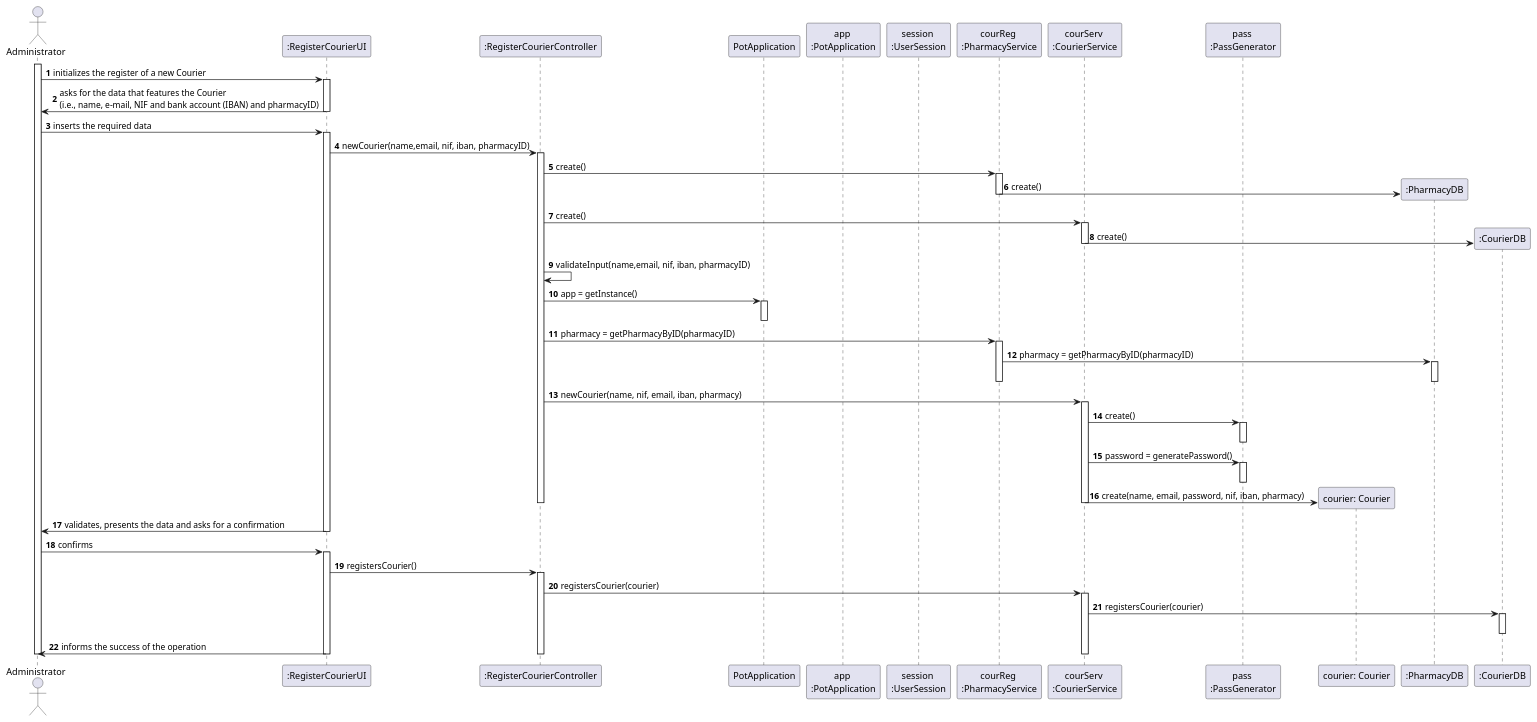
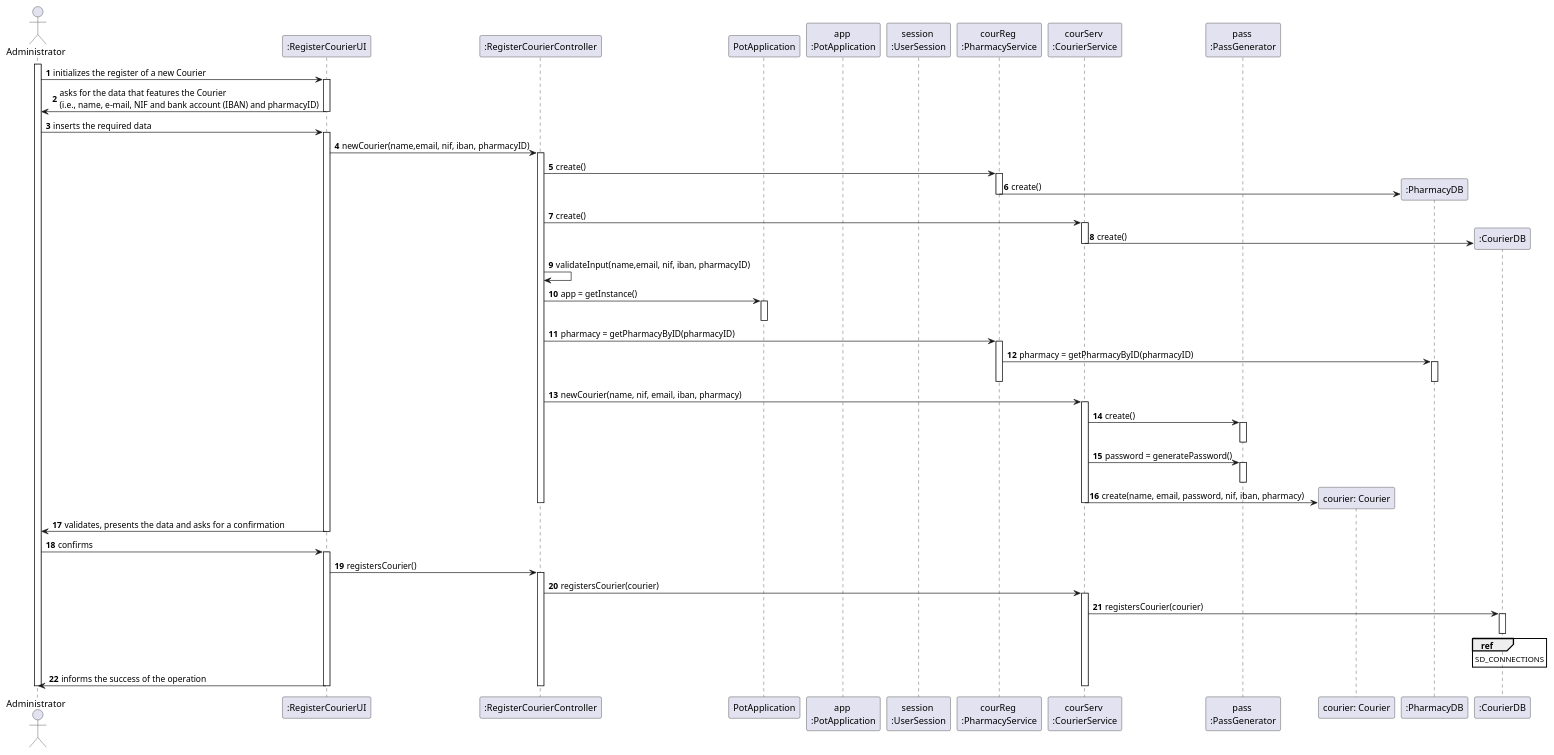
Before and after one commit to tiagoavcosta25/LAPR3: the diagram in docs/Iteration 3/Courier Management/Refinement/US19_RegisterCourier/US19_SD.puml, drawn with PlantUML. The commit also changed 10 other files, not shown here.

```diff
--- a/docs/Iteration 3/Courier Management/Refinement/US19_RegisterCourier/US19_SD.puml
+++ b/docs/Iteration 3/Courier Management/Refinement/US19_RegisterCourier/US19_SD.puml
@@ -1,81 +1,82 @@
 @startuml
 autonumber
 actor "Administrator" as ADMIN
 
 participant ":RegisterCourierUI" as UI
 participant ":RegisterCourierController" as CTRL
 participant "PotApplication" as PA
 participant "app \n:PotApplication" as APA
 participant "session \n:UserSession" as US
 participant "courReg \n:PharmacyService" as PR
 participant "courServ \n:CourierService" as RF
 participant "pass \n:PassGenerator" as PS
 participant "courier: Courier" as CR
 participant ":PharmacyDB" as PDB
 participant ":CourierDB" as CDB
 
 activate ADMIN
 
 ADMIN -> UI : initializes the register of a new Courier
 activate UI
 UI -> ADMIN : asks for the data that features the Courier \n(i.e., name, e-mail, NIF and bank account (IBAN) and pharmacyID)
 deactivate UI
 
 ADMIN -> UI : inserts the required data
 activate UI
 UI -> CTRL : newCourier(name,email, nif, iban, pharmacyID)
 activate CTRL
 CTRL -> PR : create()
 activate PR
 PR -> PDB** : create()
 deactivate PR
 CTRL -> RF : create()
 activate RF
 RF -> CDB** : create()
 deactivate RF
 
 CTRL -> CTRL : validateInput(name,email, nif, iban, pharmacyID)
 CTRL -> PA : app = getInstance()
 activate PA
 deactivate PA
 deactivate US
 CTRL -> PR : pharmacy = getPharmacyByID(pharmacyID)
 activate PR
 PR -> PDB : pharmacy = getPharmacyByID(pharmacyID)
 activate PDB
 
 deactivate PR
 deactivate PDB
 CTRL -> RF : newCourier(name, nif, email, iban, pharmacy)
 activate RF
 RF -> PS : create()
 activate PS
 deactivate PS
 RF -> PS : password = generatePassword()
 activate PS
 deactivate PS
 RF -> CR ** : create(name, email, password, nif, iban, pharmacy)
 deactivate RF
 deactivate CTRL
 
 
 UI -> ADMIN : validates, presents the data and asks for a confirmation
 deactivate UI
 
 ADMIN -> UI : confirms
 activate UI
 UI -> CTRL : registersCourier()
 activate CTRL
 CTRL -> RF : registersCourier(courier)
 activate RF
 RF -> CDB : registersCourier(courier)
 activate CDB
 deactivate CDB
+ref over CDB : SD_CONNECTIONS
 UI -> ADMIN : informs the success of the operation
 deactivate RF
 deactivate CTRL
 deactivate UI
 
 deactivate ADMIN
 
 @enduml
```
